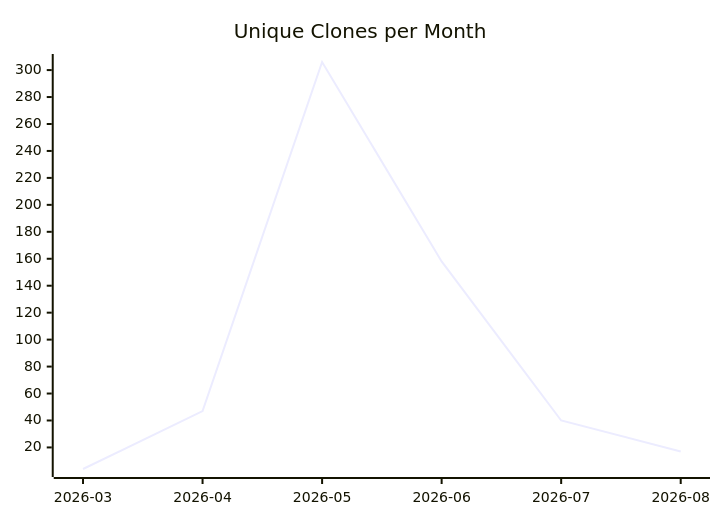
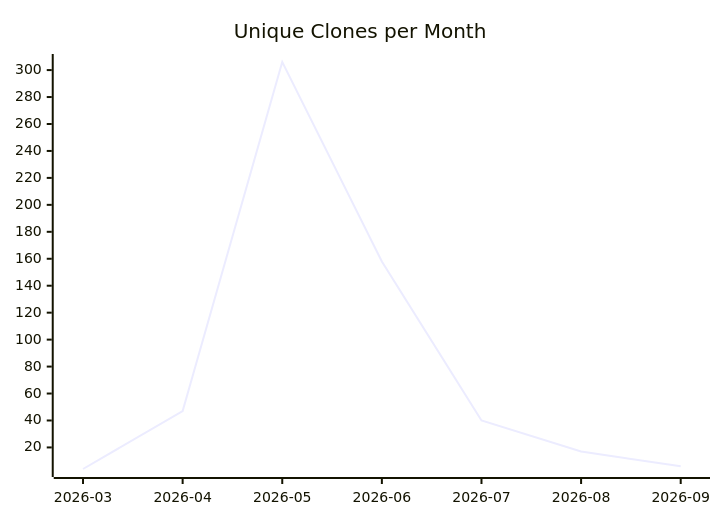
Before and after one commit to justdavis-family/github-analytics-data: the third of 3 diagrams in karlmdavis/dotfiles/README.md, drawn with Mermaid. The commit also changed other lines of this file and 191 other files, not shown here.

````diff
--- a/karlmdavis/dotfiles/README.md
+++ b/karlmdavis/dotfiles/README.md
@@ -19,6 +19,6 @@
 ```mermaid
 xychart-beta
   title "Unique Clones per Month"
-  x-axis ["2026-03", "2026-04", "2026-05", "2026-06", "2026-07", "2026-08"]
-  line [4, 47, 306, 158, 40, 17]
+  x-axis ["2026-03", "2026-04", "2026-05", "2026-06", "2026-07", "2026-08", "2026-09"]
+  line [4, 47, 306, 158, 40, 17, 6]
 ```
````
